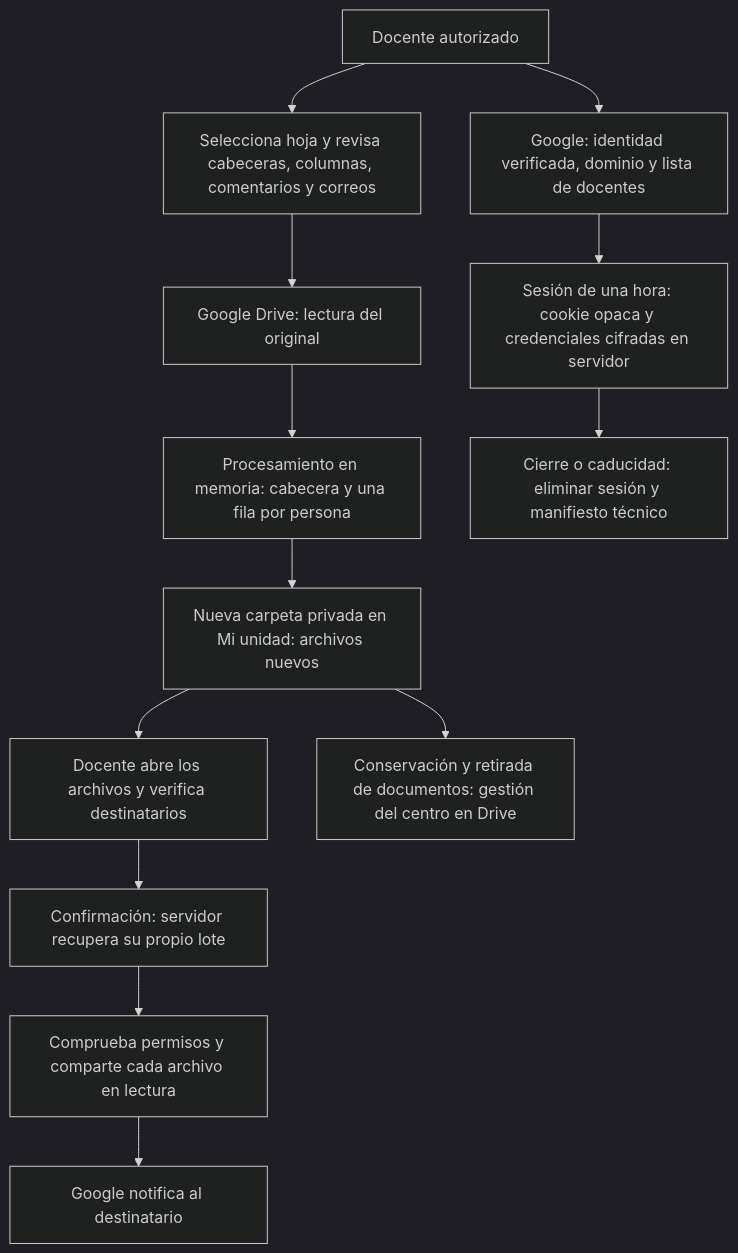
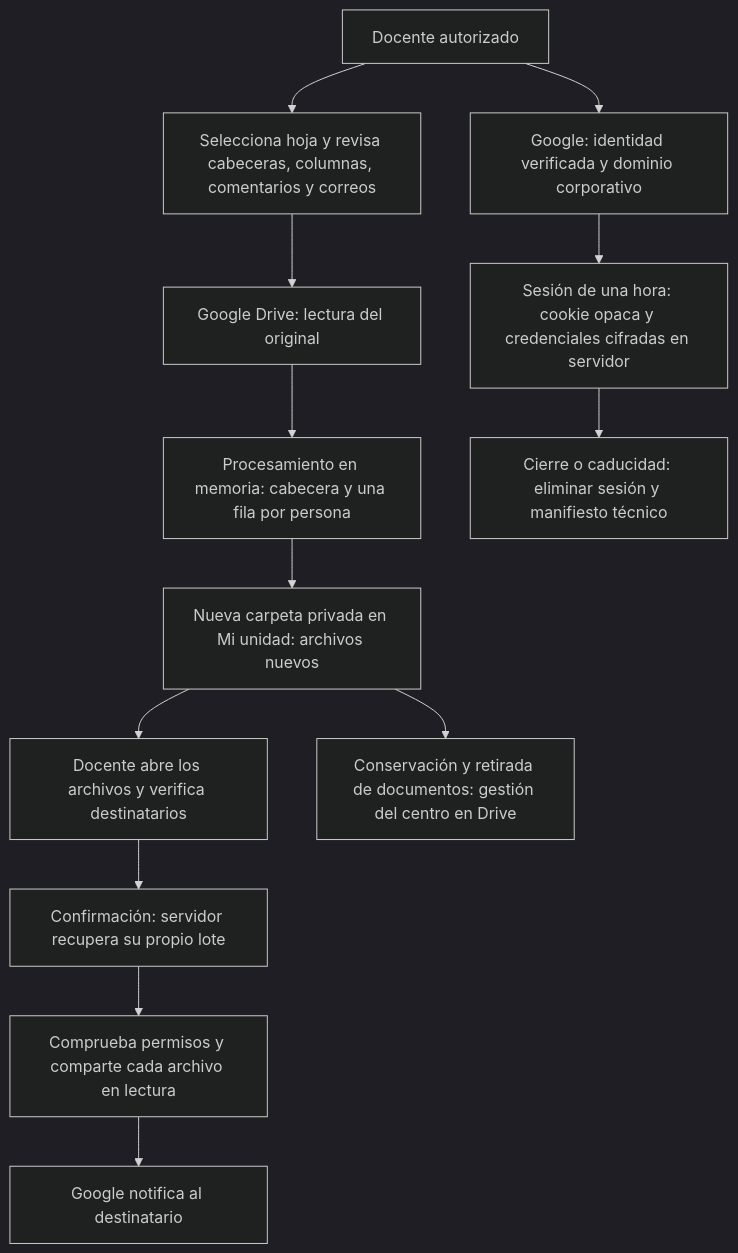
Before and after one commit to anderfrago/trasladar-notas: the diagram in docs/PRIVACIDAD_Y_ACTUALIZACION.md, drawn with Mermaid (dark theme). The commit also changed other lines of this file and 5 other files, not shown here.

````diff
--- a/docs/PRIVACIDAD_Y_ACTUALIZACION.md
+++ b/docs/PRIVACIDAD_Y_ACTUALIZACION.md
@@ -7,15 +7,15 @@
 ```mermaid
 flowchart TD
-    D[Docente autorizado] --> O[Google: identidad verificada, dominio y lista de docentes]
+    D[Docente autorizado] --> O[Google: identidad verificada y dominio corporativo]
     O --> S[Sesión de una hora: cookie opaca y credenciales cifradas en servidor]
     D --> R[Selecciona hoja y revisa cabeceras, columnas, comentarios y correos]
     R --> G[Google Drive: lectura del original]
     G --> M[Procesamiento en memoria: cabecera y una fila por persona]
     M --> P[Nueva carpeta privada en Mi unidad: archivos nuevos]
     P --> V[Docente abre los archivos y verifica destinatarios]
     V --> C[Confirmación: servidor recupera su propio lote]
     C --> A[Comprueba permisos y comparte cada archivo en lectura]
     A --> N[Google notifica al destinatario]
     S --> X[Cierre o caducidad: eliminar sesión y manifiesto técnico]
     P --> K[Conservación y retirada de documentos: gestión del centro en Drive]
 ```
````
